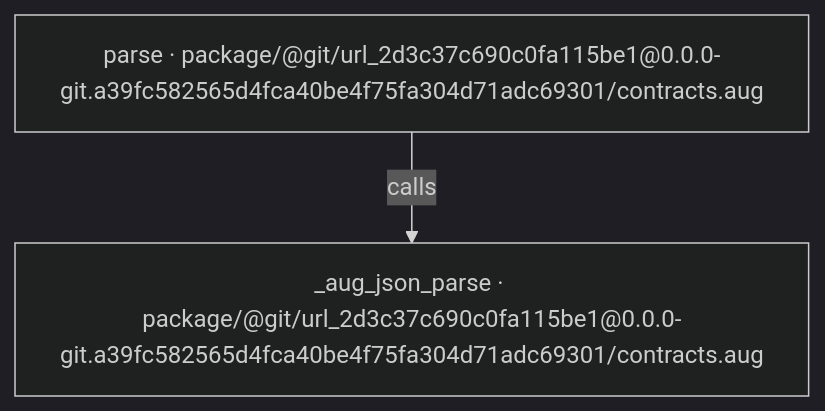
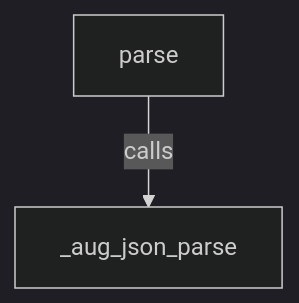
The first of 2 diagrams in docs/examples/json-benchmark/dependencies/packages/@git/url_2d3c37c690c0fa115be1/0.0.0-git.a39fc582565d4fca40be4f75fa304d71adc69301/contracts-diagrams.md (GreenPandaStudios/augscript), drawn with Mermaid (dark theme) before and after one commit. The commit also changed other lines of this file and 524 other files, not shown here.

Commit message:
Explain checked data flow at folder and service levels

````diff
--- a/docs/examples/json-benchmark/dependencies/packages/@git/url_2d3c37c690c0fa115be1/0.0.0-git.a39fc582565d4fca40be4f75fa304d71adc69301/contracts-diagrams.md
+++ b/docs/examples/json-benchmark/dependencies/packages/@git/url_2d3c37c690c0fa115be1/0.0.0-git.a39fc582565d4fca40be4f75fa304d71adc69301/contracts-diagrams.md
@@ -23,6 +20,6 @@
 ```mermaid
 flowchart TD
-    n0["_aug_json_parse · package/@git/url_2d3c37c690c0fa115be1@0.0.0-git.a39fc582565d4fca40be4f75fa304d71adc69301/contracts.aug"]
-    n1["parse · package/@git/url_2d3c37c690c0fa115be1@0.0.0-git.a39fc582565d4fca40be4f75fa304d71adc69301/contracts.aug"]
+    n0["_aug_json_parse"]
+    n1["parse"]
     n1 -->|"calls"| n0
 ```
````
